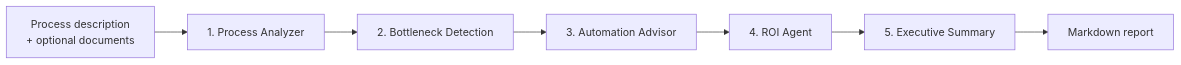
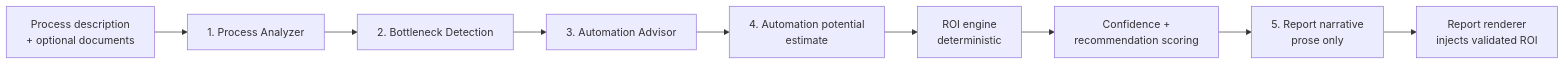
Before and after one commit to moheb2002/ProcessPilot-AI: the diagram in backend/README.md, drawn with Mermaid. The commit also changed other lines of this file and 29 other files, not shown here.

````diff
--- a/backend/README.md
+++ b/backend/README.md
@@ -88,9 +88,11 @@
 ```mermaid
 flowchart LR
     A[Process description<br/>+ optional documents] --> B[1. Process Analyzer]
     B --> C[2. Bottleneck Detection]
     C --> D[3. Automation Advisor]
-    D --> E[4. ROI Agent]
-    E --> F[5. Executive Summary]
-    F --> G[Markdown report]
+    D --> E[4. Automation potential<br/>estimate]
+    E --> F[ROI engine<br/>deterministic]
+    F --> G[Confidence +<br/>recommendation scoring]
+    G --> H[5. Report narrative<br/>prose only]
+    H --> I[Report renderer<br/>injects validated ROI]
 ```
````
